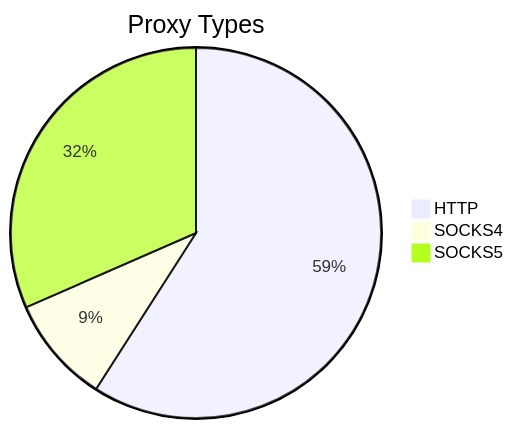
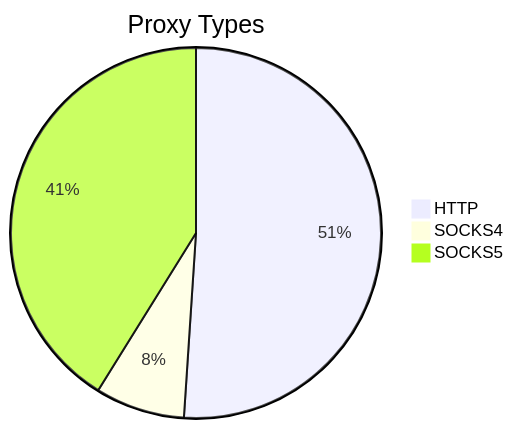
Before and after one commit to stormsia/proxy-list: the first of 2 diagrams in README.md, drawn with Mermaid. The commit also changed other lines of this file, not shown here.

````diff
--- a/README.md
+++ b/README.md
@@ -21,6 +21,6 @@
 ```mermaid
 pie title Proxy Types
-    "HTTP" : 189
-    "SOCKS4" : 30
-    "SOCKS5" : 101
+    "HTTP" : 98
+    "SOCKS4" : 15
+    "SOCKS5" : 79
 ```
````
